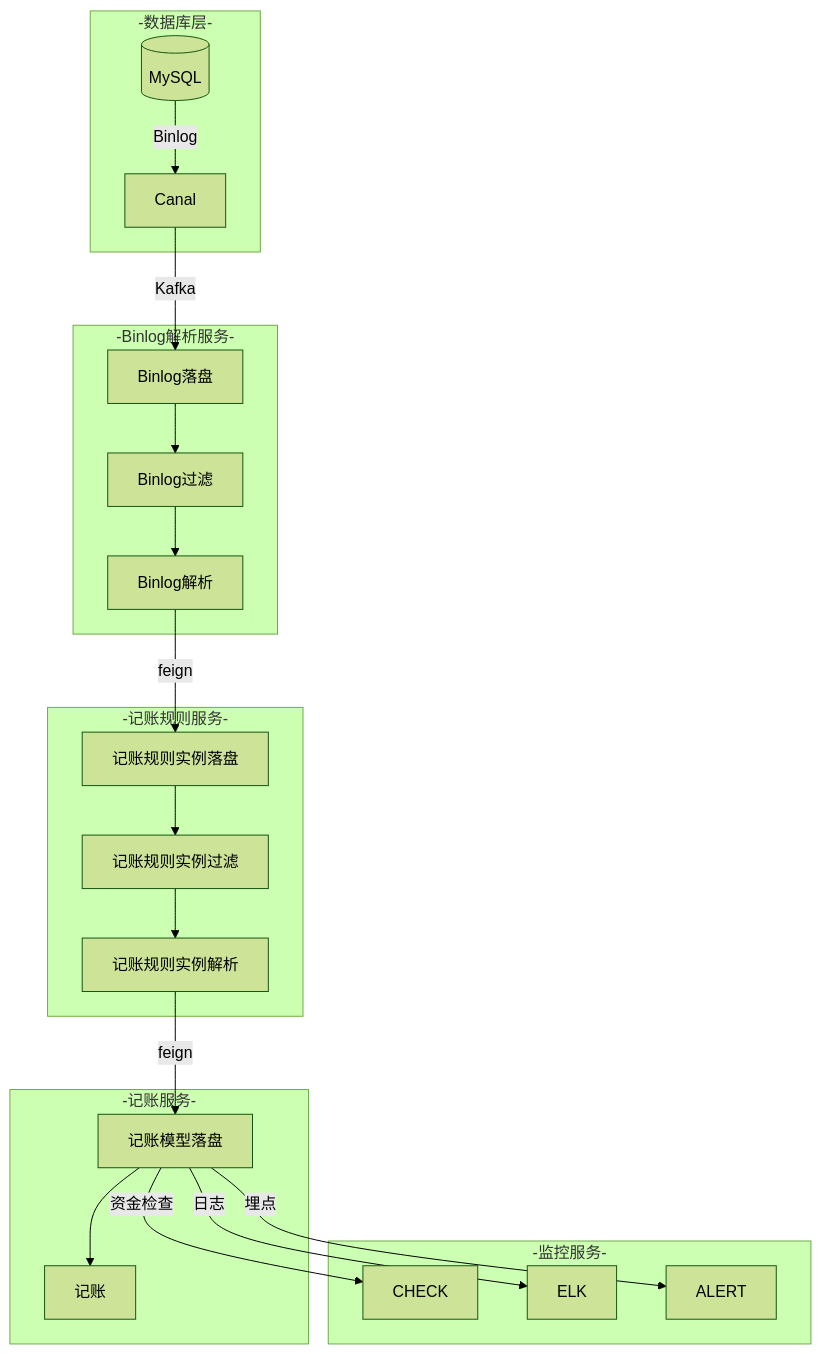
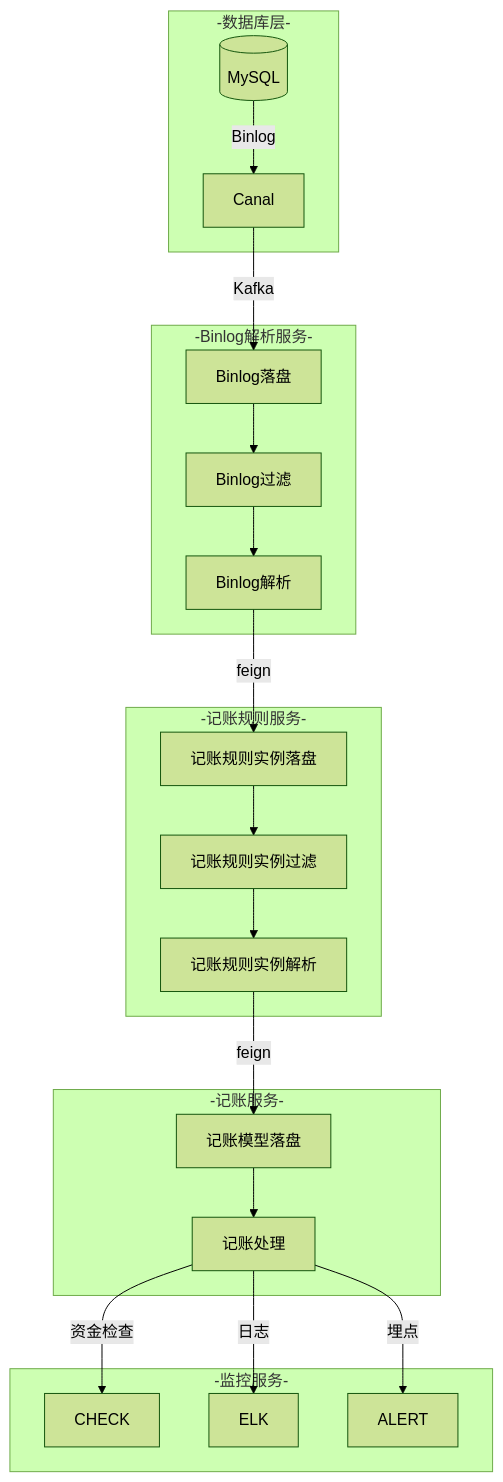
Before and after one commit to 87828943/iodraw-files: the diagram in all/记账架构图.md, drawn with Mermaid (forest theme).

Commit message:
2025-07-07 15:05:02 update

````diff
--- a/all/记账架构图.md
+++ b/all/记账架构图.md
@@ -1,25 +1,25 @@
 ```mermaid
 graph TB
     subgraph -数据库层-
         DB[(MySQL)] -->|Binlog| Canal
     end
     subgraph -Binlog解析服务-
         Canal -->|Kafka| Binlog[Binlog落盘]
         Binlog --> Binlog1[Binlog过滤]
         Binlog1 --> Binlog2[Binlog解析]
     end
     subgraph -记账规则服务-
         Binlog2 -->|feign| AccountingRule[记账规则实例落盘]
         AccountingRule --> AccountingRule1[记账规则实例过滤]
         AccountingRule1 --> AccountingRule2[记账规则实例解析] 
     end
     subgraph -记账服务-
        AccountingRule2 -->|feign| Accounting[记账模型落盘]
-       Accounting --> Accounting1[记账]
+       Accounting --> Accounting1[记账处理]
     end
     subgraph -监控服务-
-        Accounting --> |资金检查| CHECK
-        Accounting -->|日志| ELK
-        Accounting -->|埋点| ALERT
+        Accounting1 --> |资金检查| CHECK
+        Accounting1 -->|日志| ELK
+        Accounting1 -->|埋点| ALERT
     end
 ```
````
